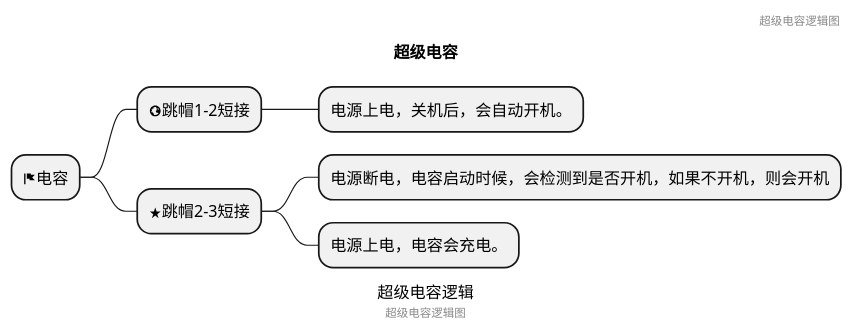
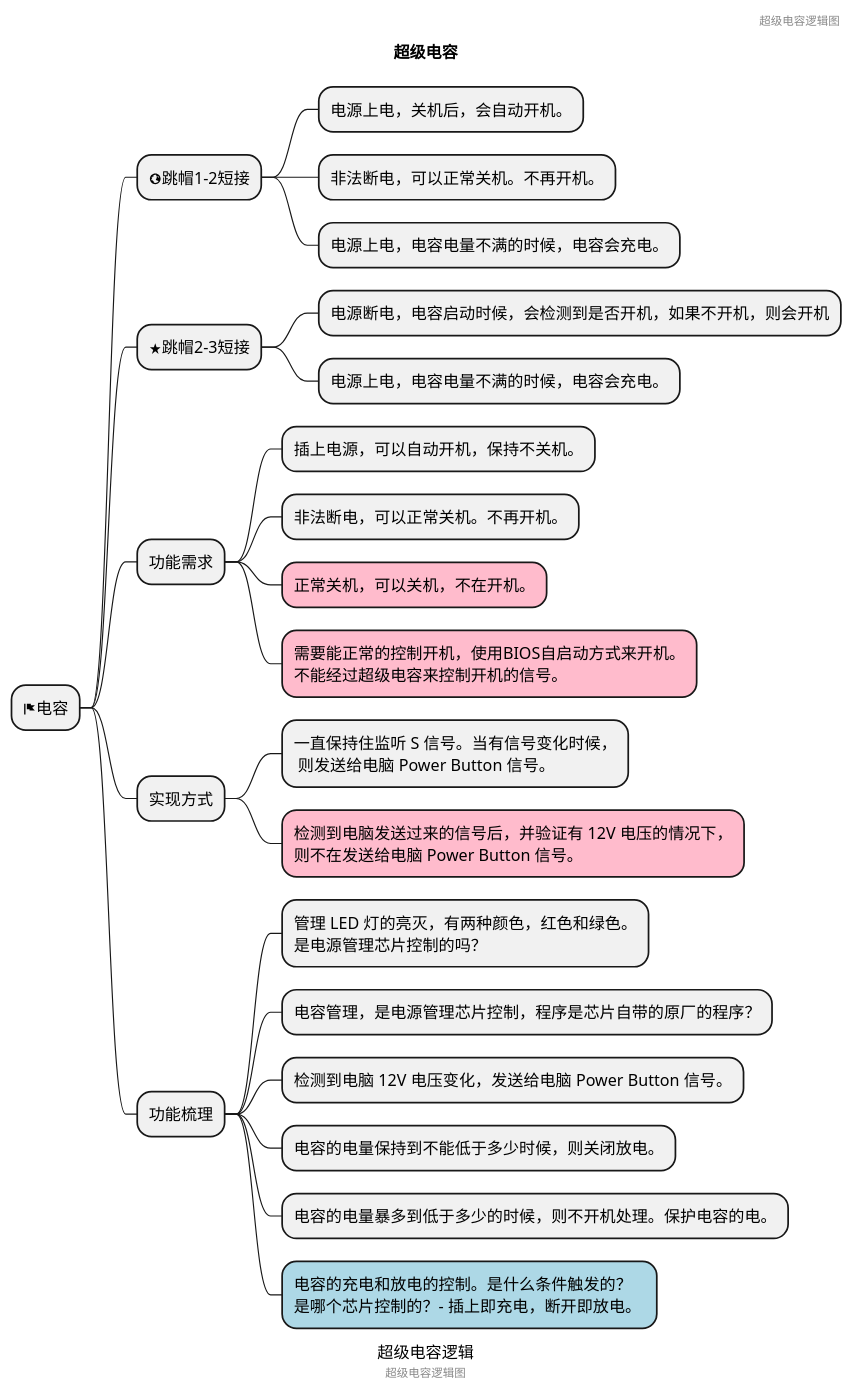
One commit to yongjian-peng/learning-record changed the diagram in PUML/capacitor.puml. Above: the diagram before and after it, drawn with PlantUML. The commit also changed 8 other files, not shown here.

```diff
--- a/PUML/capacitor.puml
+++ b/PUML/capacitor.puml
@@ -1,14 +1,48 @@
 @startmindmap
+<style>
+mindmapDiagram {
+.green {
+    BackgroundColor lightgreen
+}
+.rose {
+    BackgroundColor #FFBBCC
+}
+.style_color_blue {
+    BackgroundColor lightblue
+}
+}
+</style>
 caption 超级电容逻辑
 title 超级电容
 * <&flag>电容
 ** <&globe>跳帽1-2短接
 *** 电源上电，关机后，会自动开机。
+*** 非法断电，可以正常关机。不再开机。
+*** 电源上电，电容电量不满的时候，电容会充电。
+
 ** <&star>跳帽2-3短接
-***  电源断电，电容启动时候，会检测到是否开机，如果不开机，则会开机
-***  电源上电，电容会充电。
+*** 电源断电，电容启动时候，会检测到是否开机，如果不开机，则会开机
+*** 电源上电，电容电量不满的时候，电容会充电。
+
+** 功能需求
+*** 插上电源，可以自动开机，保持不关机。
+*** 非法断电，可以正常关机。不再开机。
+***[#FFBBCC]  正常关机，可以关机，不在开机。
+***[#FFBBCC]  需要能正常的控制开机，使用BIOS自启动方式来开机。\n不能经过超级电容来控制开机的信号。
+
+** 实现方式
+*** 一直保持住监听 S 信号。当有信号变化时候，\n 则发送给电脑 Power Button 信号。
+***[#FFBBCC] 检测到电脑发送过来的信号后，并验证有 12V 电压的情况下，\n则不在发送给电脑 Power Button 信号。
+
+** 功能梳理
+*** 管理 LED 灯的亮灭，有两种颜色，红色和绿色。\n是电源管理芯片控制的吗？
+*** 电容管理，是电源管理芯片控制，程序是芯片自带的原厂的程序？
+*** 检测到电脑 12V 电压变化，发送给电脑 Power Button 信号。
+*** 电容的电量保持到不能低于多少时候，则关闭放电。
+*** 电容的电量暴多到低于多少的时候，则不开机处理。保护电容的电。
+*** 电容的充电和放电的控制。是什么条件触发的？\n是哪个芯片控制的？- 插上即充电，断开即放电。 <<style_color_blue>>
 header
 超级电容逻辑图
 endheader
 center footer 超级电容逻辑图
 @endmindmap
```
